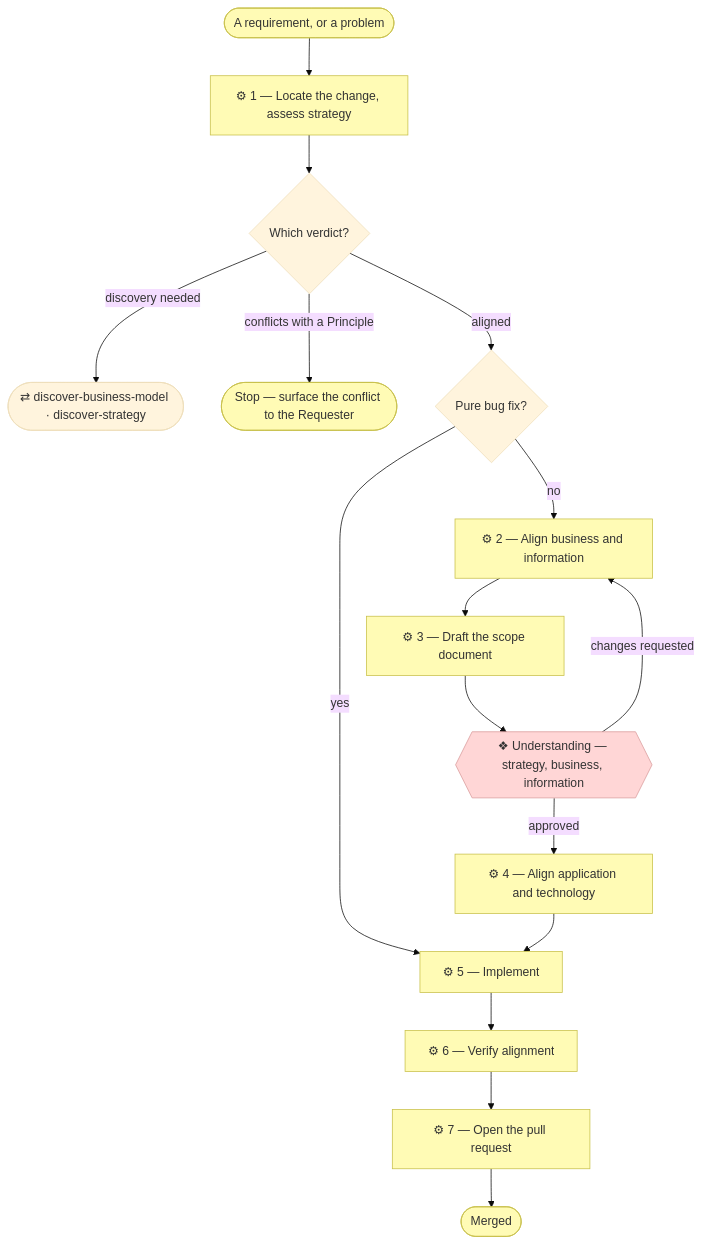
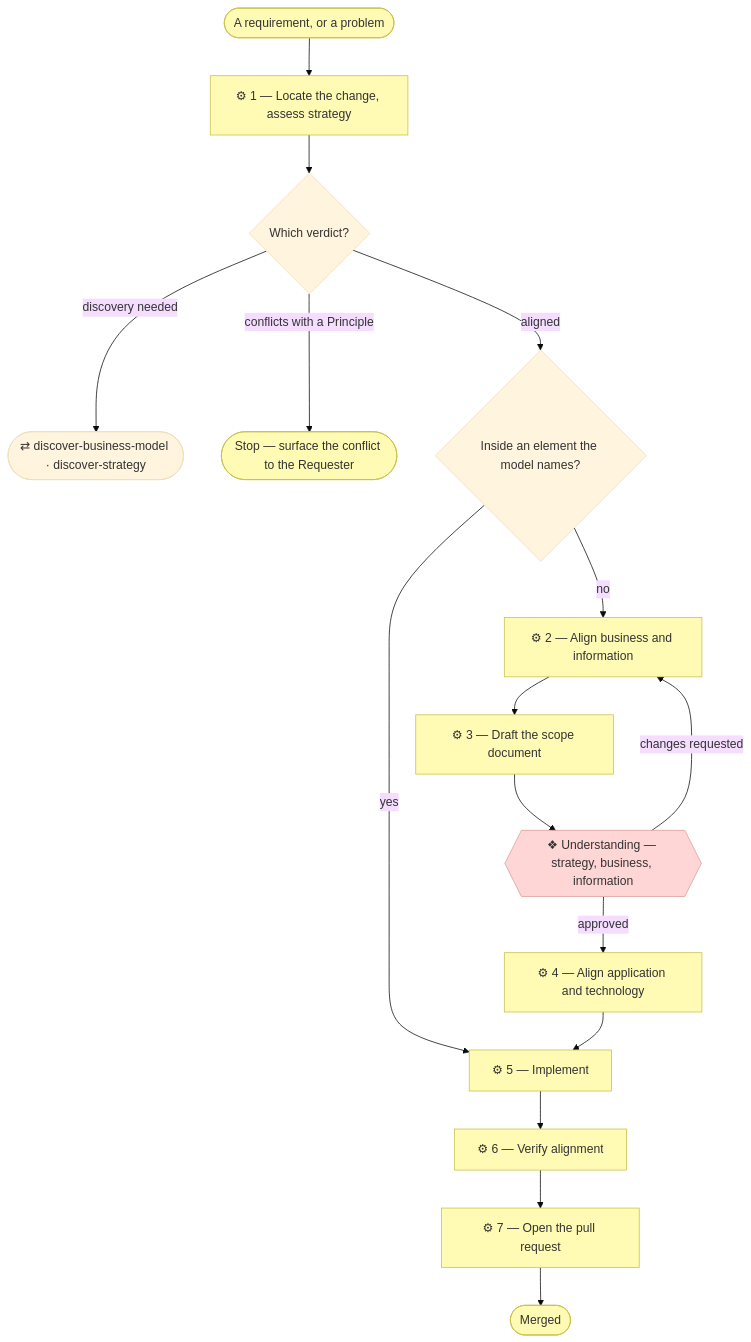
Before and after one commit to roanboc/archreator: the diagram in plugins/archreator/skills/align-change-through-layers/SKILL.md, drawn with Mermaid (base theme). The commit also changed other lines of this file and 8 other files, not shown here.

````diff
--- a/plugins/archreator/skills/align-change-through-layers/SKILL.md
+++ b/plugins/archreator/skills/align-change-through-layers/SKILL.md
@@ -45,32 +57,32 @@
 ```mermaid
 flowchart TD
   req(["A requirement, or a problem"])
   s1["⚙ 1 — Locate the change, assess strategy"]
   v{"Which verdict?"}
   disc(["⇄ discover-business-model · discover-strategy"])
   stop(["Stop — surface the conflict to the Requester"])
-  bug{"Pure bug fix?"}
+  bug{"Inside an element the model names?"}
   s2["⚙ 2 — Align business and information"]
   s3["⚙ 3 — Draft the scope document"]
   g2{{"❖ Understanding — strategy, business, information"}}
   s4["⚙ 4 — Align application and technology"]
   s5["⚙ 5 — Implement"]
   s6["⚙ 6 — Verify alignment"]
   s7["⚙ 7 — Open the pull request"]
   merged(["Merged"])
 
   req --> s1 --> v
   v -->|discovery needed| disc
   v -->|conflicts with a Principle| stop
   v -->|aligned| bug
   bug -->|yes| s5
   bug -->|no| s2 --> s3 --> g2
   g2 -->|changes requested| s2
   g2 -->|approved| s4 --> s5
   s5 --> s6 --> s7 --> merged
 
   classDef business fill:#fffbb5,stroke:#c8c04a,color:#333
   classDef implementation fill:#ffd6d6,stroke:#d99b9b,color:#333
   class s1,s2,s3,s4,s5,s6,s7,req,merged,stop business
   class g2 implementation
 ```
````
